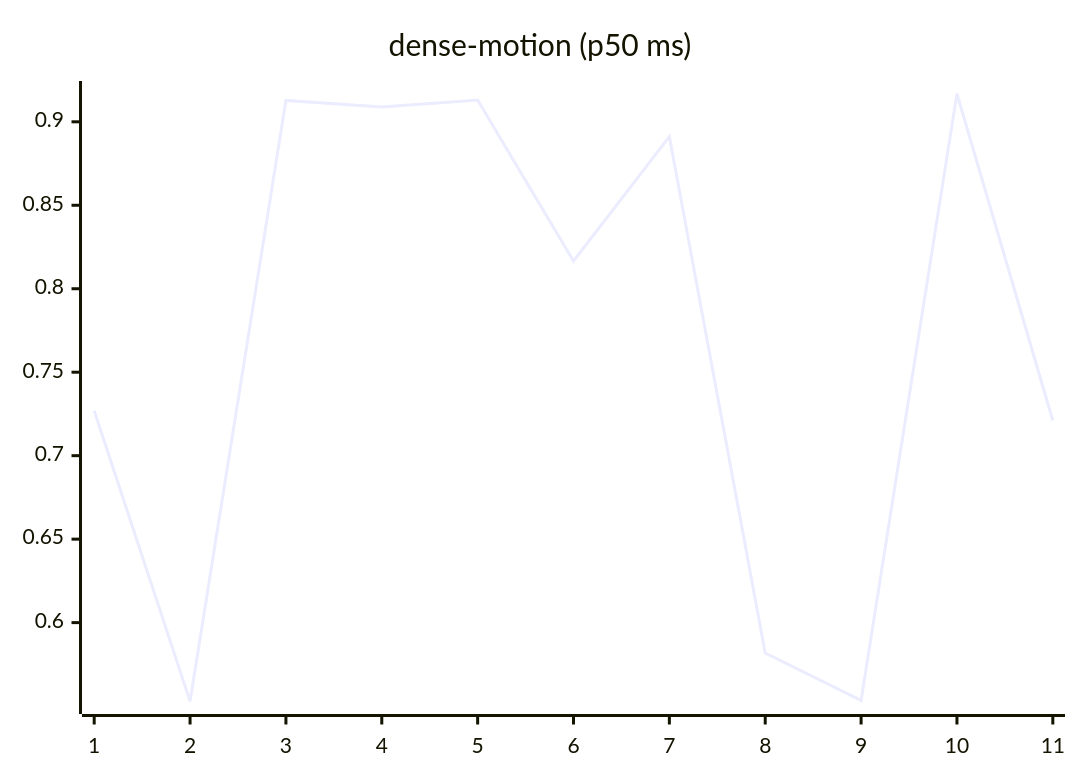
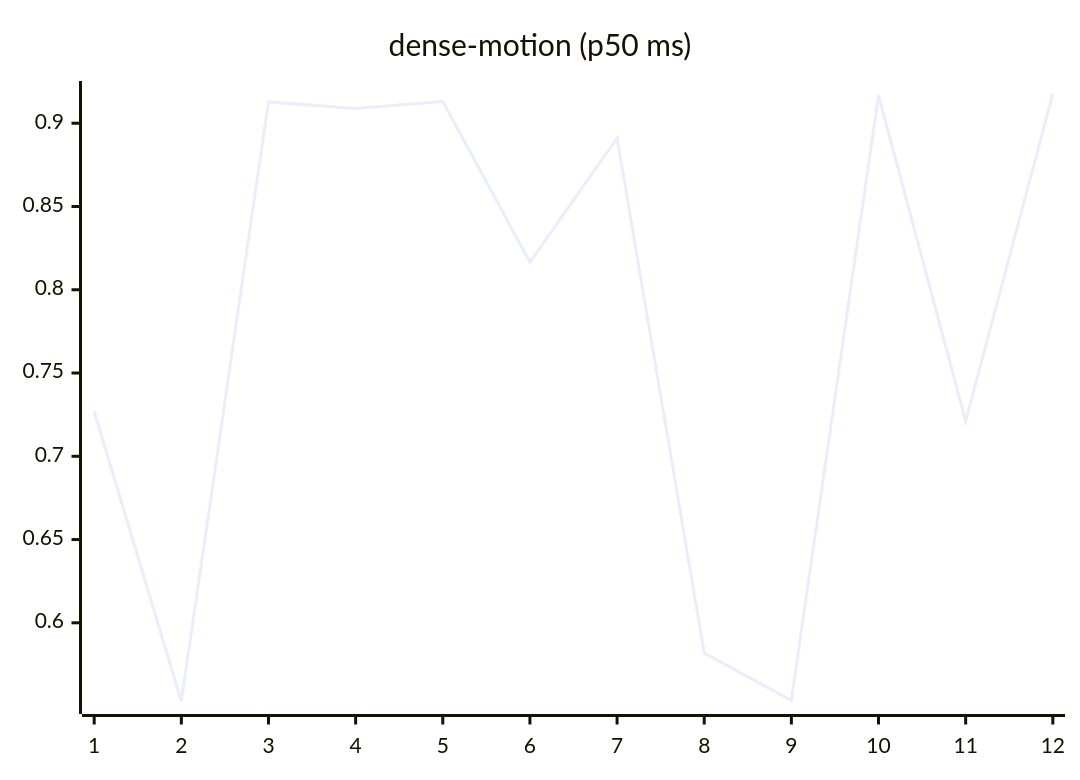
The ninth of 27 diagrams in README.md (josha/Facet), drawn with Mermaid before and after one commit. The commit also changed other lines of this file and 2 other files, not shown here.

````diff
--- a/README.md
+++ b/README.md
@@ -119,6 +119,6 @@
 ```mermaid
 xychart-beta
     title "dense-motion (p50 ms)"
-    x-axis 1 --> 11
-    line [0.7269, 0.5529, 0.9128, 0.9089, 0.9130, 0.8166, 0.8911, 0.5818, 0.5534, 0.9168, 0.7211]
+    x-axis 1 --> 12
+    line [0.7269, 0.5529, 0.9128, 0.9089, 0.9130, 0.8166, 0.8911, 0.5818, 0.5534, 0.9168, 0.7211, 0.9177]
 ```
````
